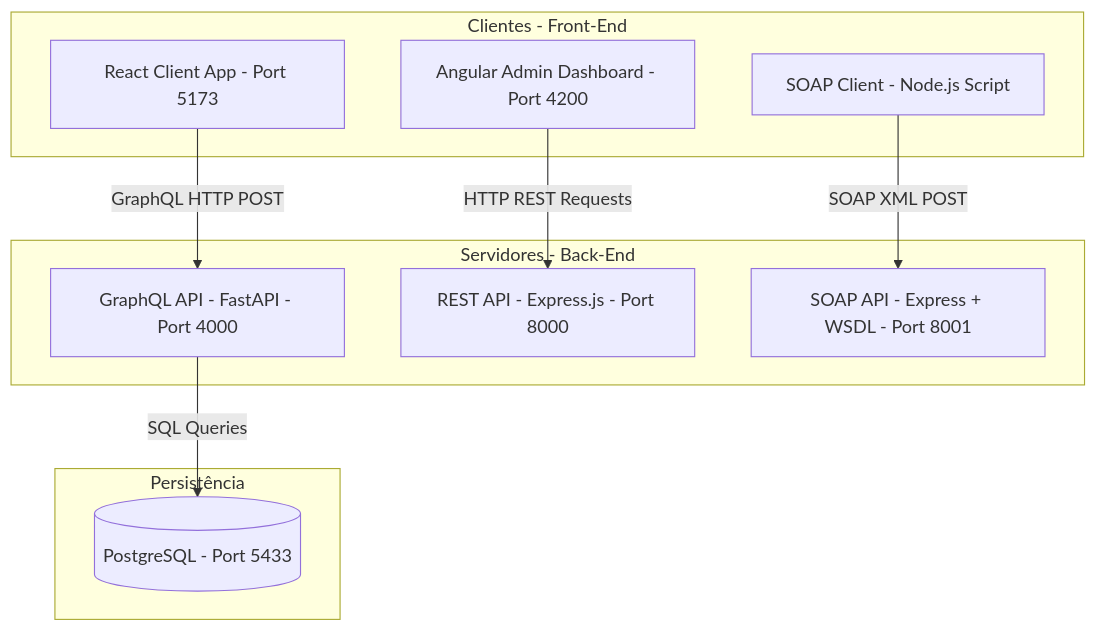
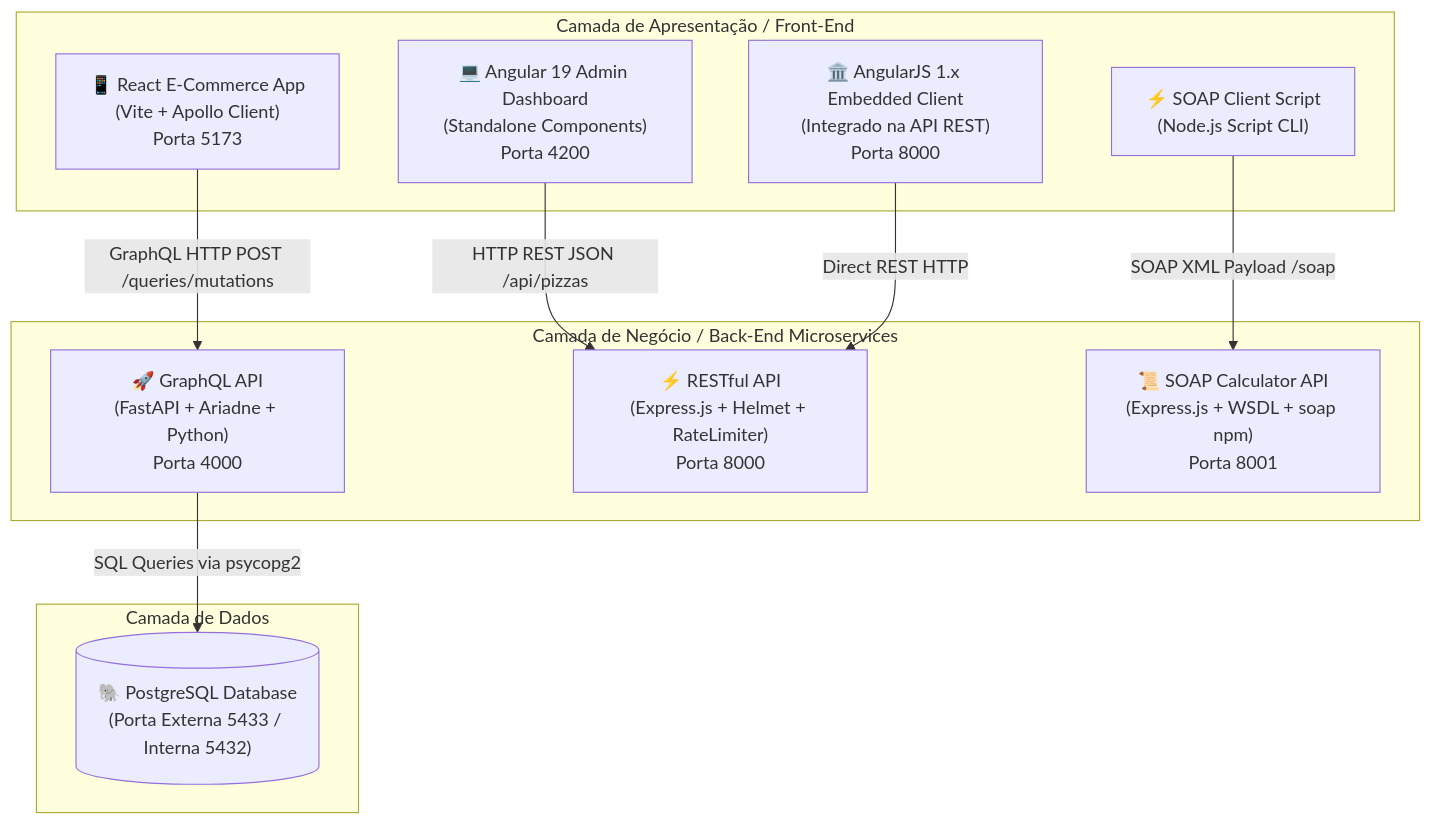
One commit to Diegoximenes01/Projeto-Pizzaria changed the first of 2 diagrams in README.md. Above: the diagram before and after it, drawn with Mermaid. The commit also changed other lines of this file, not shown here.

````diff
--- a/README.md
+++ b/README.md
@@ -11,24 +41,27 @@
 ```mermaid
 graph TD
-    subgraph Clientes [Clientes - Front-End]
-        ReactApp[React Client App - Port 5173]
-        AngularApp[Angular Admin Dashboard - Port 4200]
-        SOAPClient[SOAP Client - Node.js Script]
+    subgraph Clientes [Camada de Apresentação / Front-End]
+        ReactApp["📱 React E-Commerce App\n(Vite + Apollo Client)\nPorta 5173"]
+        AngularApp["💻 Angular 19 Admin Dashboard\n(Standalone Components)\nPorta 4200"]
+        AngularJSApp["🏛️ AngularJS 1.x Embedded Client\n(Integrado na API REST)\nPorta 8000"]
+        SOAPClient["⚡ SOAP Client Script\n(Node.js Script CLI)"]
     end
 
-    subgraph Servidores [Servidores - Back-End]
-        GraphQLAPI[GraphQL API - FastAPI - Port 4000]
-        RESTAPI[REST API - Express.js - Port 8000]
-        SOAPAPI[SOAP API - Express + WSDL - Port 8001]
+    subgraph Servidores [Camada de Negócio / Back-End Microservices]
+        GraphQLAPI["🚀 GraphQL API\n(FastAPI + Ariadne + Python)\nPorta 4000"]
+        RESTAPI["⚡ RESTful API\n(Express.js + Helmet + RateLimiter)\nPorta 8000"]
+        SOAPAPI["📜 SOAP Calculator API\n(Express.js + WSDL + soap npm)\nPorta 8001"]
     end
 
-    subgraph Persistencia [Persistência]
-        PostgresDB[(PostgreSQL - Port 5433)]
+    subgraph Persistencia [Camada de Dados]
+        PostgresDB[("🐘 PostgreSQL Database\n(Porta Externa 5433 / Interna 5432)")]
     end
 
-    ReactApp -->|GraphQL HTTP POST| GraphQLAPI
-    GraphQLAPI -->|SQL Queries| PostgresDB
-    
-    AngularApp -->|HTTP REST Requests| RESTAPI
-    SOAPClient -->|SOAP XML POST| SOAPAPI
+    ReactApp -->|GraphQL HTTP POST /queries/mutations| GraphQLAPI
+    GraphQLAPI -->|SQL Queries via psycopg2| PostgresDB
+
+    AngularApp -->|HTTP REST JSON /api/pizzas| RESTAPI
+    AngularJSApp -->|Direct REST HTTP| RESTAPI
+
+    SOAPClient -->|SOAP XML Payload /soap| SOAPAPI
 ```
````
